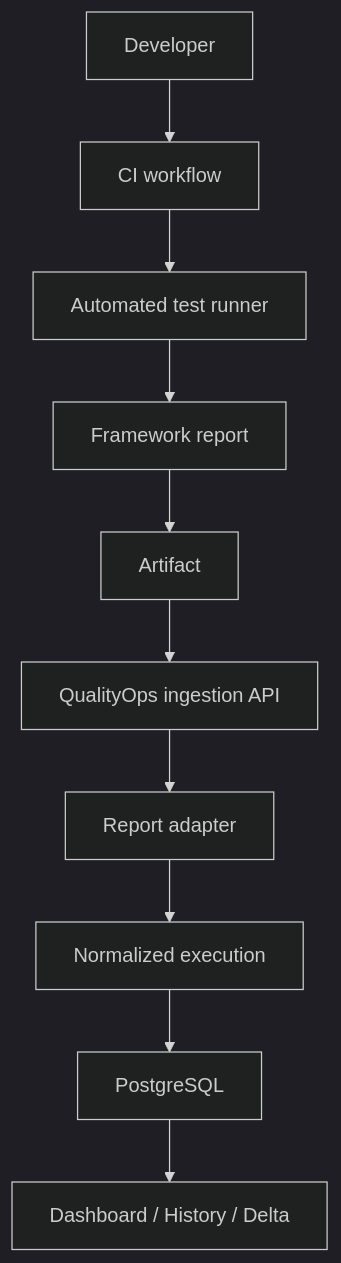
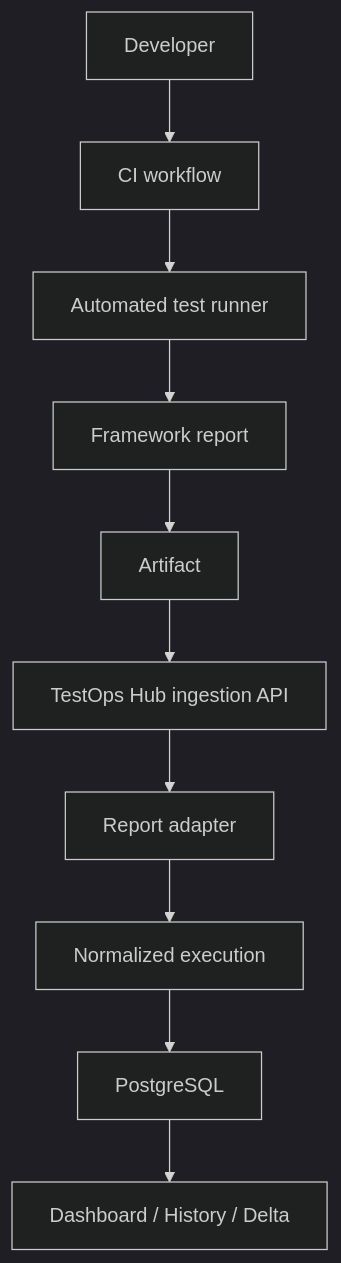
One commit to luanaabastos/qualityops-hub changed the diagram in docs/architecture.md. Above: the diagram before and after it, drawn with Mermaid (dark theme). The commit also changed other lines of this file and 11 other files, not shown here.

Commit message:
docs(branding): explain TestOps Hub positioning

````diff
--- a/docs/architecture.md
+++ b/docs/architecture.md
@@ -7,12 +7,12 @@
 ```mermaid
 flowchart TD
   Developer --> CI[CI workflow]
   CI --> Runner[Automated test runner]
   Runner --> Report[Framework report]
   Report --> Artifact
-  Artifact --> API[QualityOps ingestion API]
+  Artifact --> API[TestOps Hub ingestion API]
   API --> Adapter[Report adapter]
   Adapter --> Execution[Normalized execution]
   Execution --> PostgreSQL
   PostgreSQL --> UI[Dashboard / History / Delta]
 ```
````
